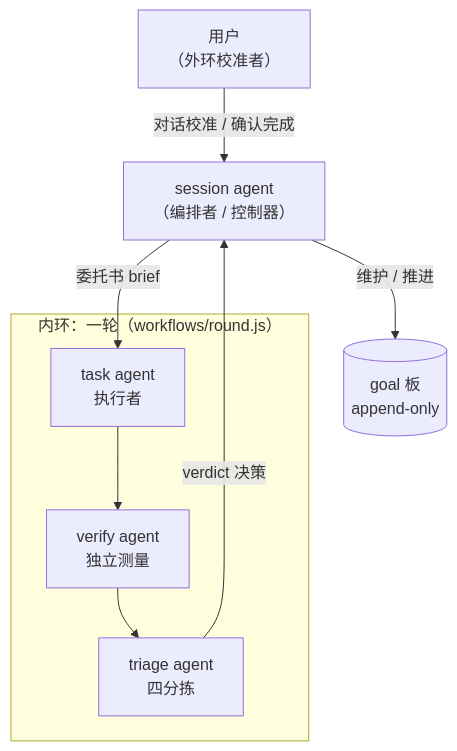
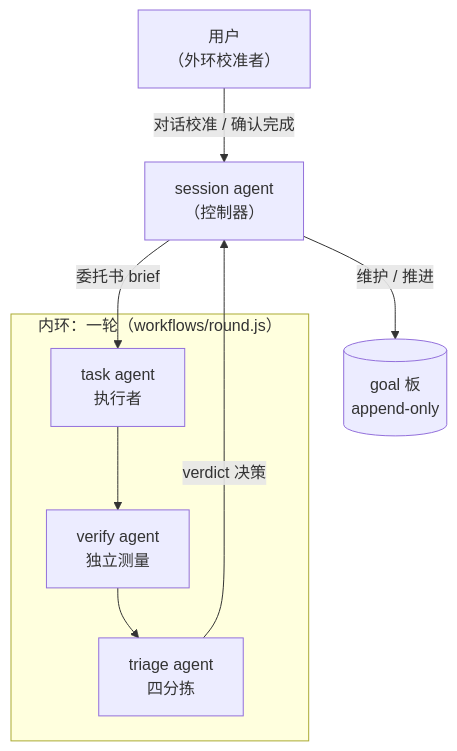
Before and after one commit to MarchLiu/dsh-cybernetics: the diagram in README.zh-CN.md, drawn with Mermaid. The commit also changed other lines of this file and 52 other files, not shown here.

Commit message:
v0.11.1 terminology: user-visible 「编排/orchestration」→「控制/control」 (zh/en dictionaries, slash-command receipts, hardGate schema description, README zh/en mode-indicator sections + zh prose); CHANGELOG v0.11.1 with decision provenance; identifiers & historical entries untouched

````diff
--- a/README.zh-CN.md
+++ b/README.zh-CN.md
@@ -16,11 +16,11 @@
 ```mermaid
 flowchart TB
     user["用户<br/>（外环校准者）"] -- "对话校准 / 确认完成" --> sa
-    sa["session agent<br/>（编排者 / 控制器）"]
+    sa["session agent<br/>（控制器）"]
     subgraph loop["内环：一轮（workflows/round.js）"]
         ta["task agent<br/>执行者"] --> va["verify agent<br/>独立测量"] --> ga["triage agent<br/>四分拣"]
     end
     sa -- "委托书 brief" --> ta
     ga -- "verdict 决策" --> sa
     sa -- "维护 / 推进" --> goal[("goal 板<br/>append-only")]
 ```
````
